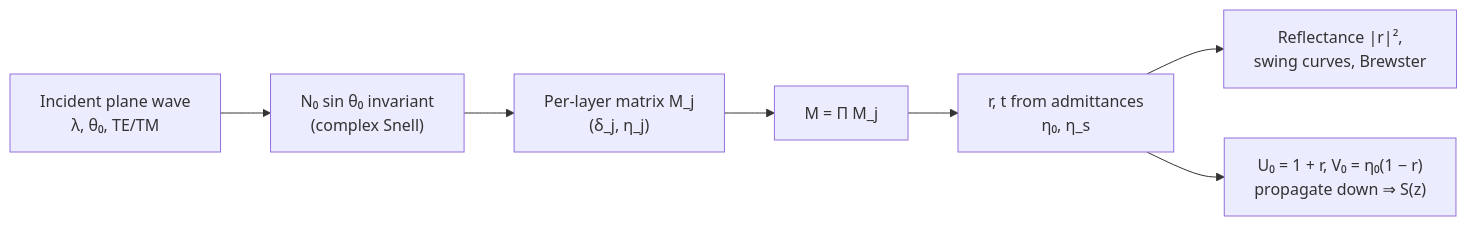
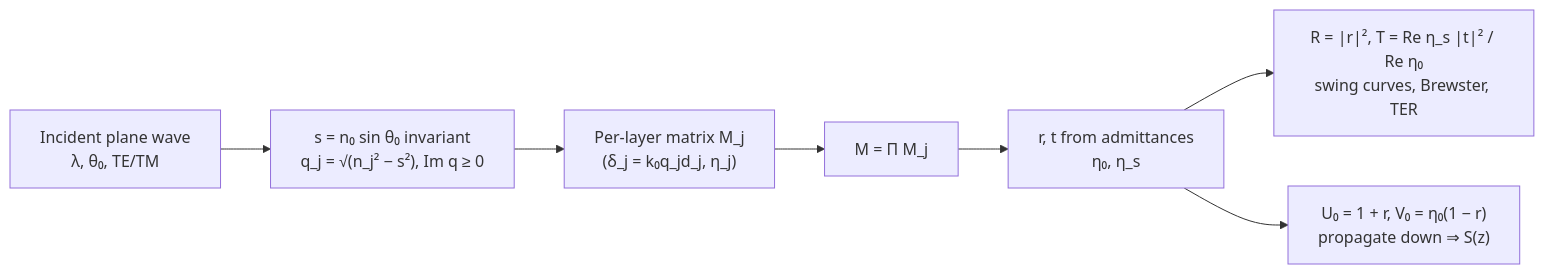
The diagram in docs/processes/thin-film.md (sonoransun/highuvlith), drawn with Mermaid before and after one commit. The commit also changed other lines of this file and 496 other files, not shown here.

````diff
--- a/docs/processes/thin-film.md
+++ b/docs/processes/thin-film.md
@@ -20,8 +20,8 @@
 ```mermaid
 flowchart LR
-    IN["Incident plane wave<br/>λ, θ₀, TE/TM"] --> SNELL["N₀ sin θ₀ invariant<br/>(complex Snell)"]
-    SNELL --> LM["Per-layer matrix M_j<br/>(δ_j, η_j)"]
+    IN["Incident plane wave<br/>λ, θ₀, TE/TM"] --> SNELL["s = n₀ sin θ₀ invariant<br/>q_j = √(n_j² − s²), Im q ≥ 0"]
+    SNELL --> LM["Per-layer matrix M_j<br/>(δ_j = k₀q_jd_j, η_j)"]
     LM --> PROD["M = Π M_j"] --> RT["r, t from admittances<br/>η₀, η_s"]
-    RT --> REFL["Reflectance |r|²,<br/>swing curves, Brewster"]
+    RT --> REFL["R = |r|², T = Re η_s |t|² / Re η₀<br/>swing curves, Brewster, TER"]
     RT --> FIELD["U₀ = 1 + r, V₀ = η₀(1 − r)<br/>propagate down ⇒ S(z)"]
 ```
````
